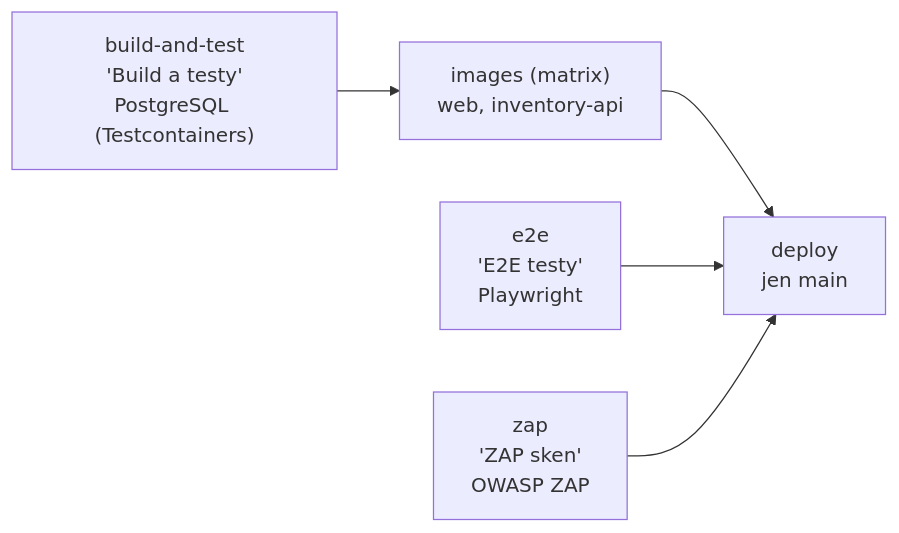
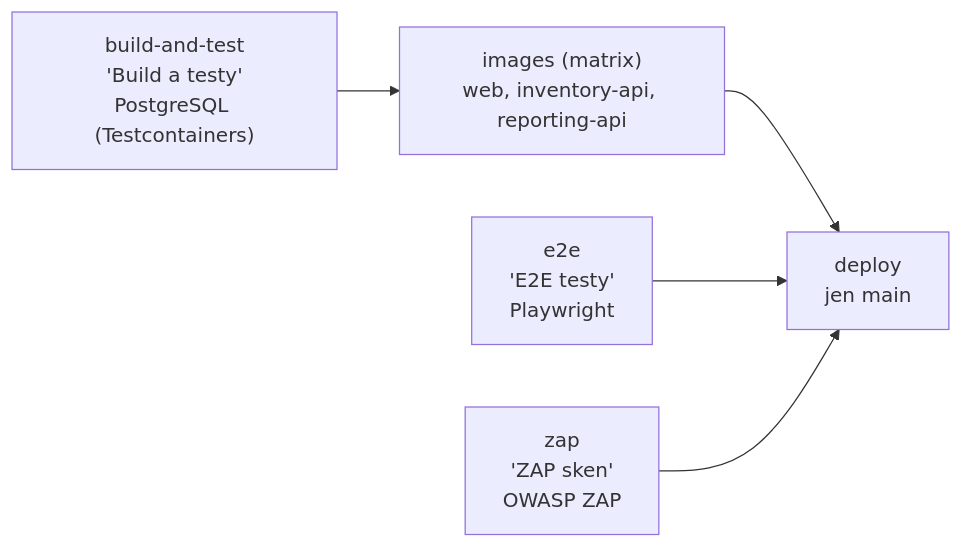
Before and after one commit to ftichy/MiniShop: the diagram in docs/prirucka/github/ci.md, drawn with Mermaid. The commit also changed other lines of this file and 56 other files, not shown here.

````diff
--- a/docs/prirucka/github/ci.md
+++ b/docs/prirucka/github/ci.md
@@ -14,9 +14,9 @@
 ```mermaid
 flowchart LR
-    t["build-and-test<br/>'Build a testy'<br/>PostgreSQL (Testcontainers)"] --> i["images (matrix)<br/>web, inventory-api"]
+    t["build-and-test<br/>'Build a testy'<br/>PostgreSQL (Testcontainers)"] --> i["images (matrix)<br/>web, inventory-api, reporting-api"]
     i --> d["deploy<br/>jen main"]
     e["e2e<br/>'E2E testy'<br/>Playwright"] --> d
     z["zap<br/>'ZAP sken'<br/>OWASP ZAP"] --> d
 
     click d "/Docs/github/cd"
 ```
````
